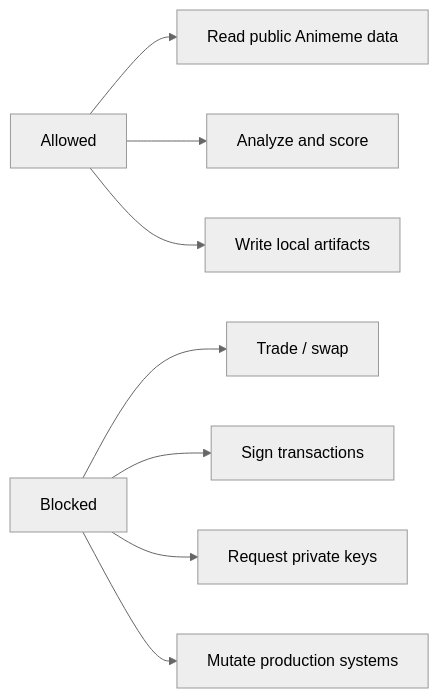
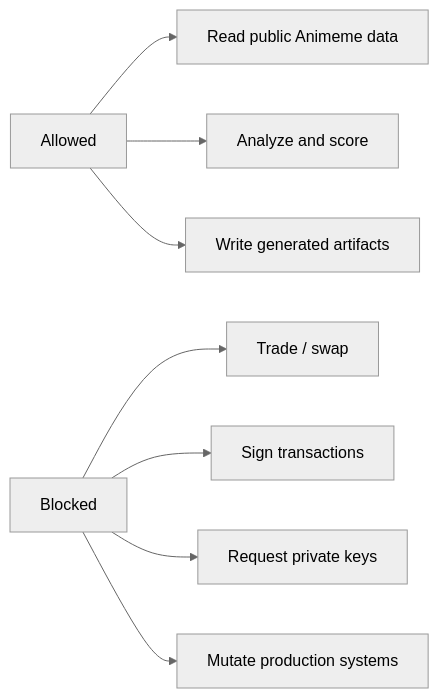
The sixth of 6 diagrams in README.md (animeme99/Animeme-Agent), drawn with Mermaid (neutral theme) before and after one commit. The commit also changed other lines of this file and 6 other files, not shown here.

````diff
--- a/README.md
+++ b/README.md
@@ -489,10 +475,10 @@
 ```mermaid
 flowchart LR
     Allowed["Allowed"] --> Read["Read public Animeme data"]
     Allowed --> Analyze["Analyze and score"]
-    Allowed --> Write["Write local artifacts"]
+    Allowed --> Write["Write generated artifacts"]
     Blocked["Blocked"] --> Trade["Trade / swap"]
     Blocked --> Sign["Sign transactions"]
     Blocked --> Keys["Request private keys"]
     Blocked --> Mutate["Mutate production systems"]
 ```
````
